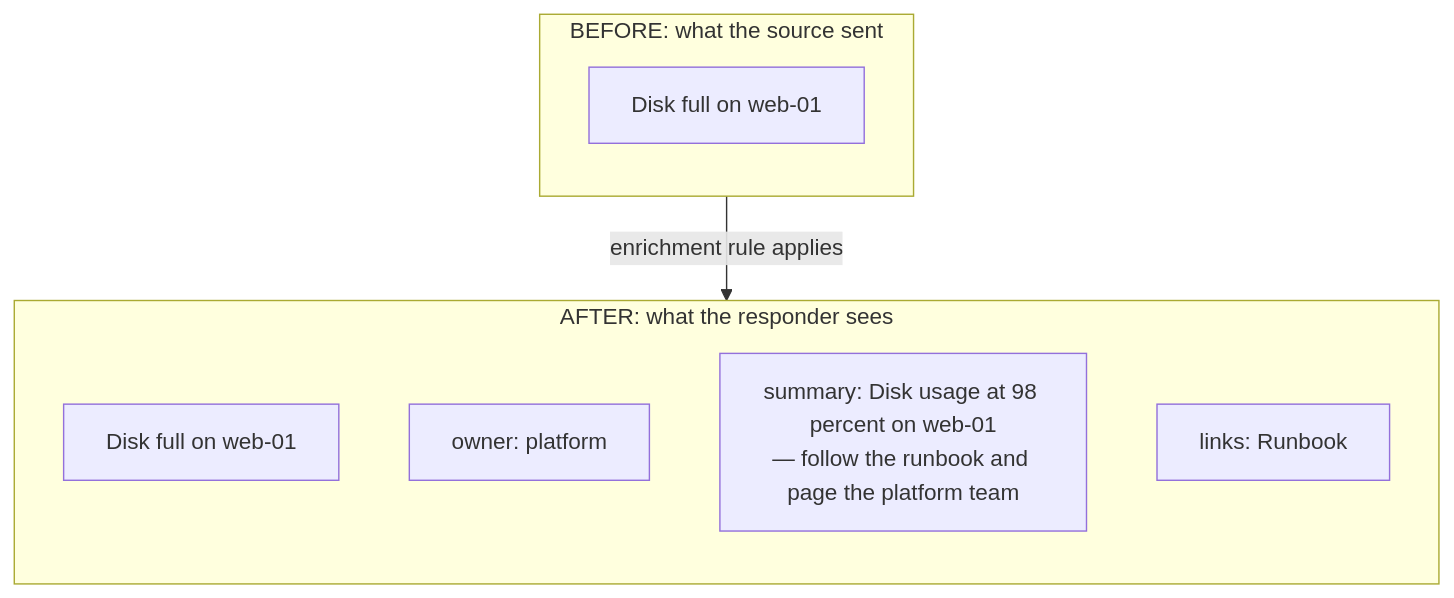
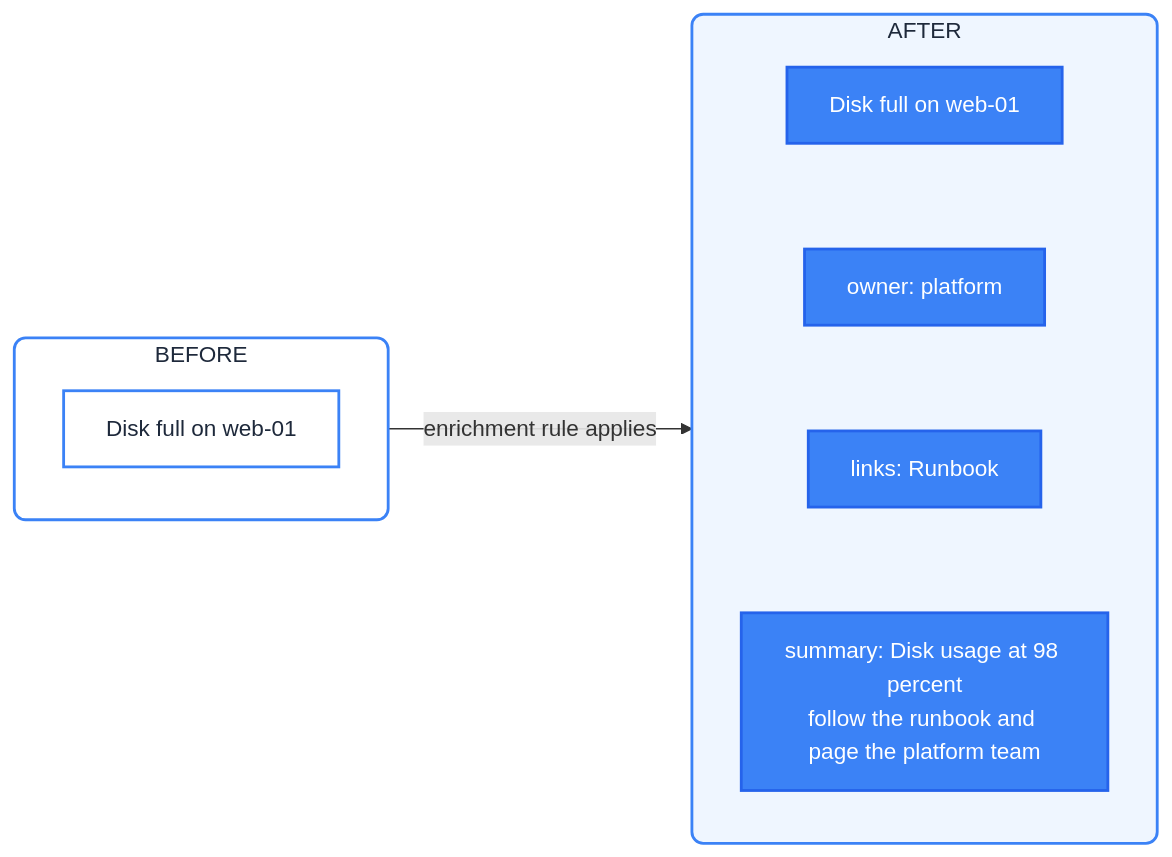
The second of 2 diagrams in content/posts/enrichments.md (Mike-4-prog/opsimate-website), drawn with Mermaid before and after one commit. The commit also changed other lines of this file and 2 other files, not shown here.

First line of the commit message:
docs(blog): polish diagrams, add enriched alert screenshot, and update cover

````diff
--- a/content/posts/enrichments.md
+++ b/content/posts/enrichments.md
@@ -85,17 +109,26 @@
 ```mermaid
-flowchart TB
-    subgraph Before["BEFORE: what the source sent"]
-        direction TB
+flowchart LR
+    subgraph Before["BEFORE"]
+        style Before fill:#ffffff,stroke:#3b82f6,stroke-width:2px,color:#1e293b,rx:8px,ry:8px;
         B1["Disk full on web-01"]
     end
 
-    subgraph After["AFTER: what the responder sees"]
-        direction TB
+    subgraph After["AFTER"]
+        style After fill:#eff6ff,stroke:#3b82f6,stroke-width:2px,color:#1e293b,rx:8px,ry:8px;
         A1["Disk full on web-01"]
         A2["owner: platform"]
-        A3["summary: Disk usage at 98 percent on web-01<br/>— follow the runbook and page the platform team"]
-        A4["links: Runbook"]
+        A3["links: Runbook"]
+        A4["summary: Disk usage at 98 percent<br/>follow the runbook and page the platform team"]
+        
+        A1 ~~~ A2 ~~~ A3 ~~~ A4
     end
 
     Before -->|"enrichment rule applies"| After
+
+    %% OpsiMate Blue Styling
+    classDef whiteBox fill:#ffffff,stroke:#3b82f6,color:#1e293b,stroke-width:2px;
+    classDef blueBox fill:#3b82f6,stroke:#2563eb,color:#ffffff,stroke-width:2px;
+
+    class B1 whiteBox;
+    class A1,A2,A3,A4 blueBox;
 ```
````
